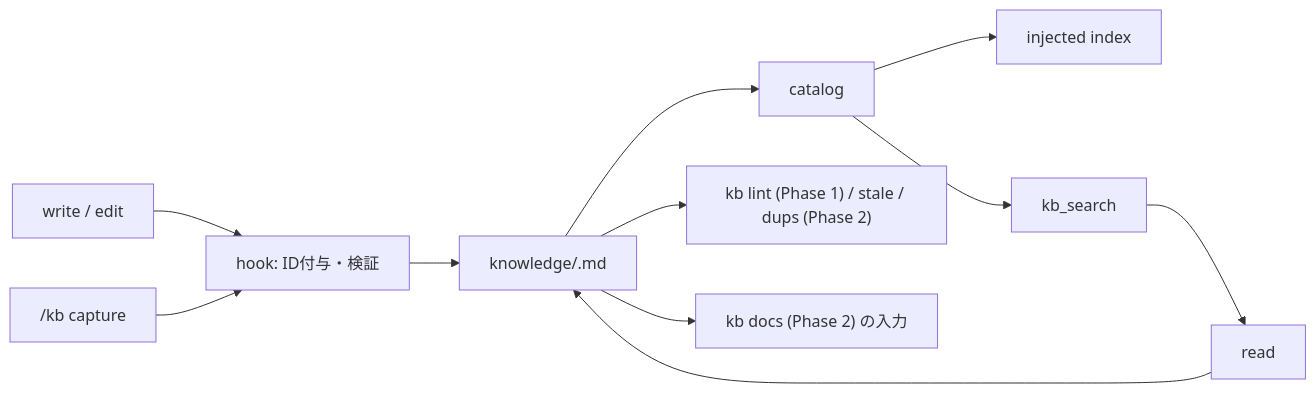
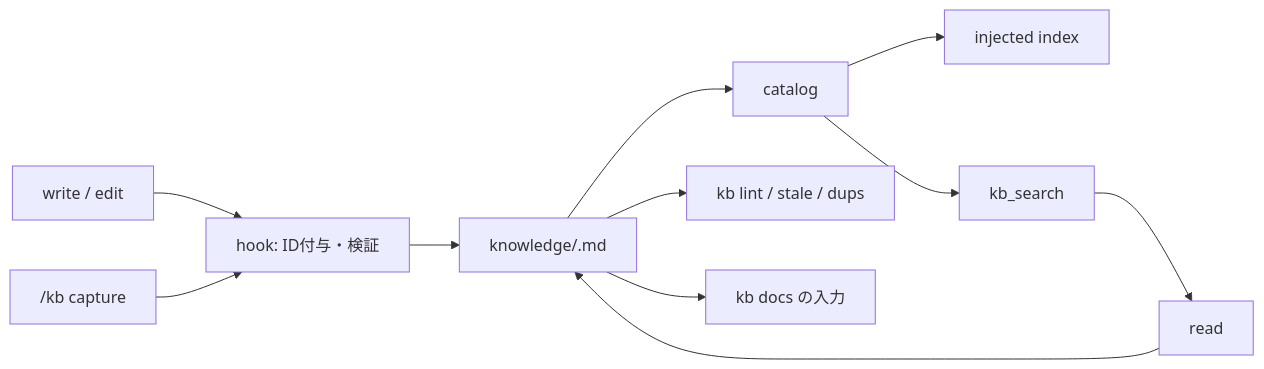
One commit to kurowashi/pi-knowledge changed the diagram in DESIGN.md. Above: the diagram before and after it, drawn with Mermaid. The commit also changed other lines of this file and 19 other files, not shown here.

Commit message:
pi-knowledge: Phase 2 (stale, dups, refs, docs, bench) with shared formatters

````diff
--- a/DESIGN.md
+++ b/DESIGN.md
@@ -26,13 +26,13 @@
 ```mermaid
 flowchart LR
   W["write / edit"] --> H["hook: ID付与・検証"]
   H --> K["knowledge/<id>.md"]
   CAP["/kb capture"] --> H
   K --> C[catalog]
   C --> I["injected index"]
   C --> S["kb_search"]
   S --> R[read]
   R --> K
-  K --> L["kb lint (Phase 1) / stale / dups (Phase 2)"]
-  K --> T["kb docs (Phase 2) の入力"]
+  K --> L["kb lint / stale / dups"]
+  K --> T["kb docs の入力"]
 ```
````
